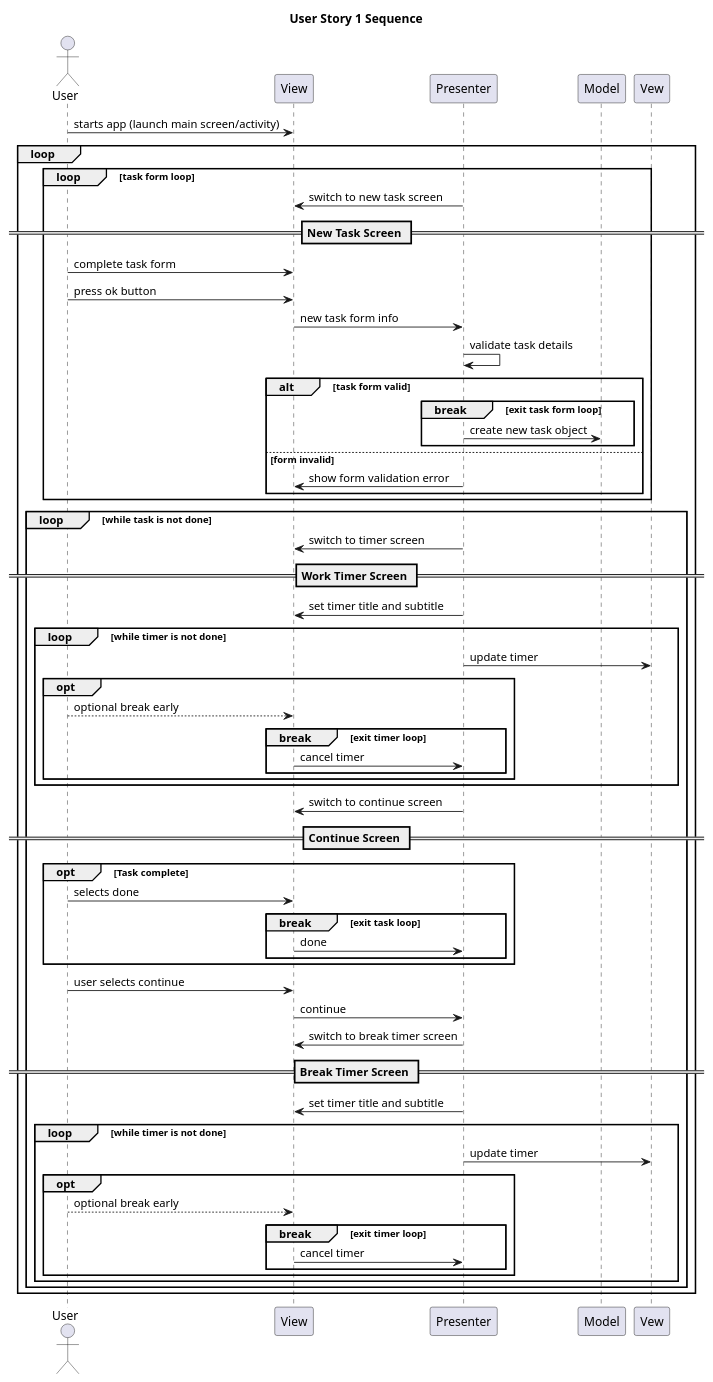
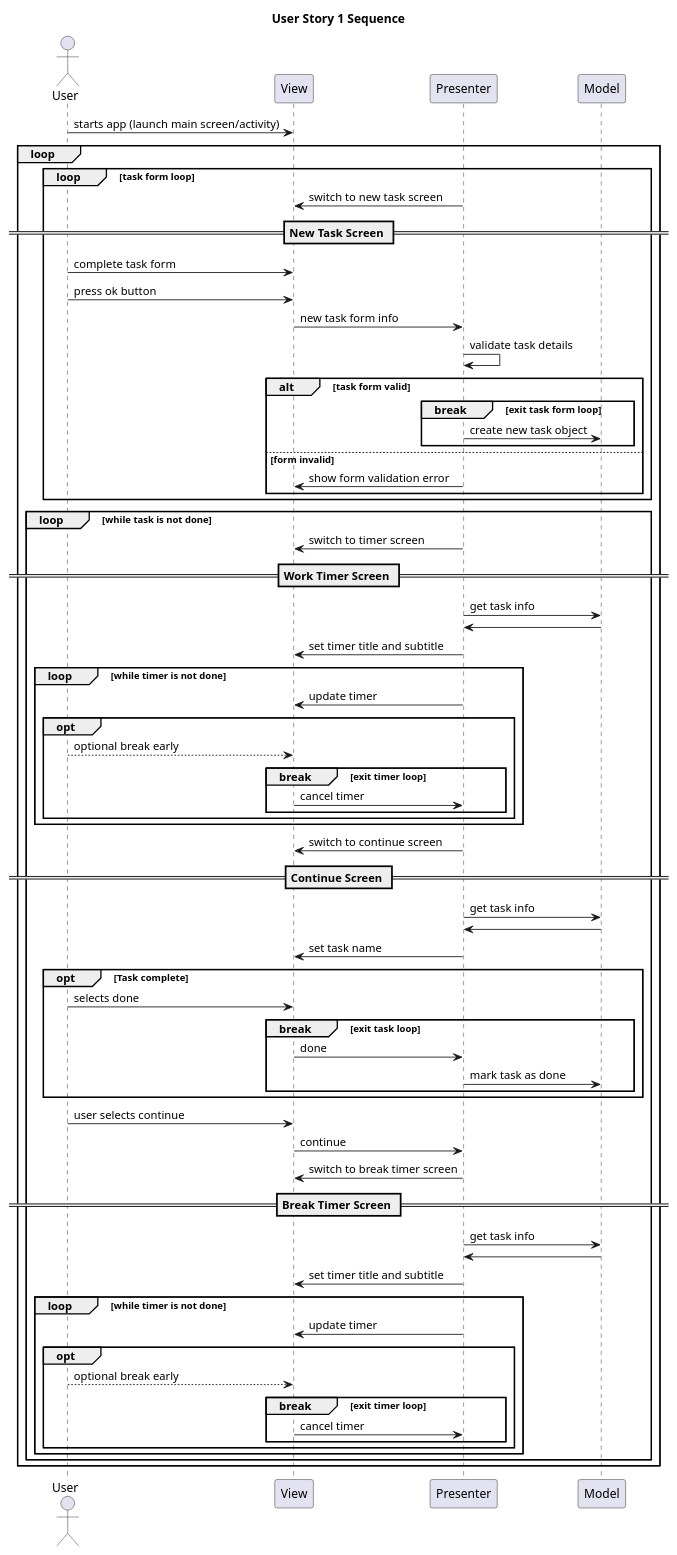
The third of 3 diagrams in artifacts/sketch001/todo.org (carbonXIII/PomodoroApp), drawn with PlantUML before and after one commit. The commit also changed other lines of this file and 4 other files, not shown here.

Commit message:
Renamed sequence diagram, added C4 context and container diagrams, first pass.

```diff
--- a/artifacts/sketch001/todo.org
+++ b/artifacts/sketch001/todo.org
@@ -12,68 +41,76 @@
-#+begin_src plantuml :file ../images/sequence-001-diagram.png :exports results
+ #+begin_src plantuml :file ../images/001-sequence-diagram.png :exports results
 title User Story 1 Sequence
 
 actor User
 participant View
 participant Presenter
 participant Model
 
 User->View: starts app (launch main screen/activity)
 loop
         loop task form loop
                 Presenter->View: switch to new task screen
         == New Task Screen ==
                 User->View: complete task form
                 User->View: press ok button
                 View->Presenter: new task form info
                 Presenter->Presenter: validate task details
                 alt task form valid
                         break exit task form loop
                                 Presenter->Model: create new task object
                         end
                 else form invalid
                         Presenter->View: show form validation error
                 end
         end
         
         loop while task is not done
                 Presenter->View: switch to timer screen
                 == Work Timer Screen ==
+                Presenter->Model: get task info
+                Model->Presenter:
                 Presenter->View: set timer title and subtitle
                 loop while timer is not done
-                        Presenter->Vew: update timer
+                        Presenter->View: update timer
                         opt
                                 User-->View: optional break early
                                 break exit timer loop
                                         View->Presenter: cancel timer
                                 end
                         end
                 end
                 
                 Presenter->View: switch to continue screen
                 == Continue Screen ==
+                Presenter->Model: get task info
+                Model->Presenter:
+                Presenter->View: set task name
                 opt Task complete
                         User->View: selects done
                         break exit task loop
                                 View->Presenter: done
+                                Presenter->Model:  mark task as done
                         end
                 end
                 
                 User->View: user selects continue
                 View->Presenter: continue
                 
                 Presenter->View: switch to break timer screen
                 == Break Timer Screen ==
+                Presenter->Model: get task info
+                Model->Presenter:
                 Presenter->View: set timer title and subtitle
 
                 loop while timer is not done
-                        Presenter->Vew: update timer
+                        Presenter->View: update timer
                         opt
                                 User-->View: optional break early
                                 break exit timer loop
                                         View->Presenter: cancel timer
                                 end
                         end
                 end
         end
 end
-#+end_src
+ #+end_src
```
